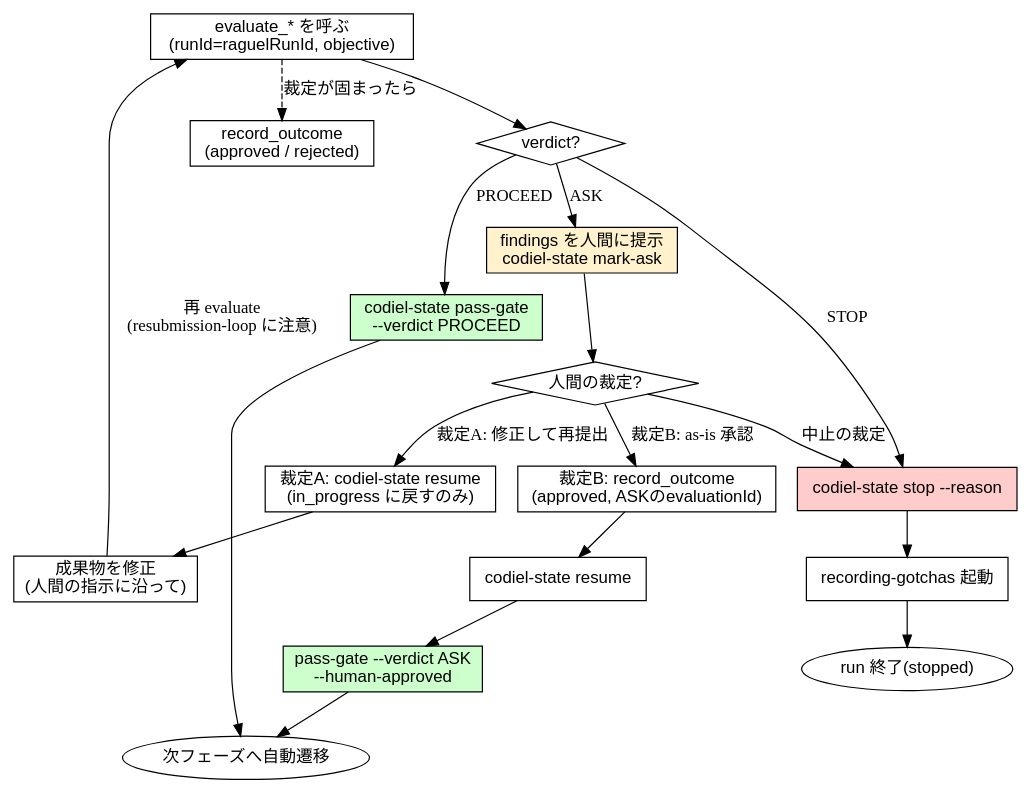
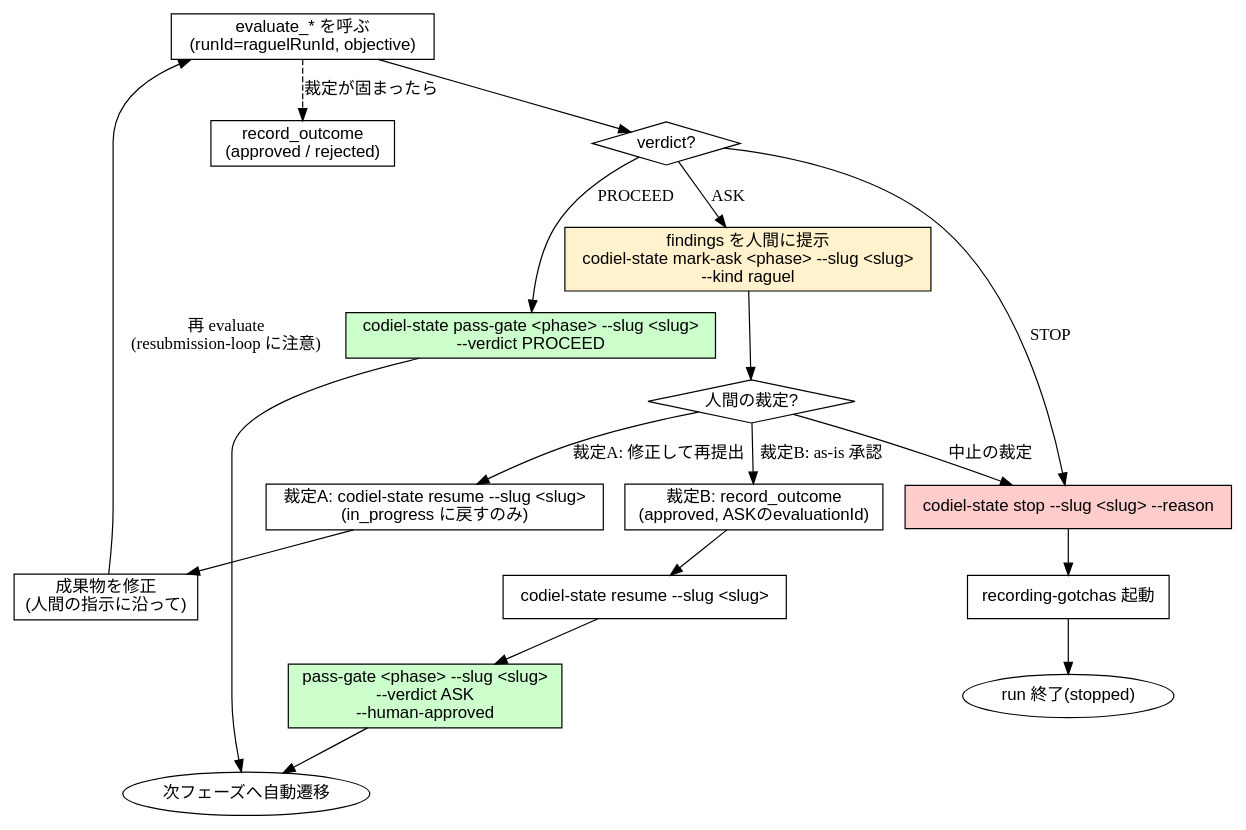
Diagram 14 of 15 in plugins/codiel/docs/skill-flowcharts.md (Amatsuka-kobo/amatsuka-claude-plugins), drawn with Graphviz before and after one commit. The commit also changed other lines of this file and 15 other files, not shown here.

````diff
--- a/plugins/codiel/docs/skill-flowcharts.md
+++ b/plugins/codiel/docs/skill-flowcharts.md
@@ -580,50 +550,50 @@
 ```dot
 digraph raguel_gate {
   rankdir=TB;
   node [fontname="sans-serif"];
 
   evaluate [label="evaluate_* を呼ぶ\n(runId=raguelRunId, objective)", shape=box];
   verdict [label="verdict?", shape=diamond];
 
-  proceed [label="codiel-state pass-gate\n--verdict PROCEED", shape=box, style=filled, fillcolor="#ccffcc"];
+  proceed [label="codiel-state pass-gate <phase> --slug <slug>\n--verdict PROCEED", shape=box, style=filled, fillcolor="#ccffcc"];
   next [label="次フェーズへ自動遷移", shape=ellipse];
 
-  ask [label="findings を人間に提示\ncodiel-state mark-ask", shape=box, style=filled, fillcolor="#fff2cc"];
+  ask [label="findings を人間に提示\ncodiel-state mark-ask <phase> --slug <slug>\n--kind raguel", shape=box, style=filled, fillcolor="#fff2cc"];
   human [label="人間の裁定?", shape=diamond];
 
-  resume_a [label="裁定A: codiel-state resume\n(in_progress に戻すのみ)", shape=box];
+  resume_a [label="裁定A: codiel-state resume --slug <slug>\n(in_progress に戻すのみ)", shape=box];
   refix [label="成果物を修正\n(人間の指示に沿って)", shape=box];
   record_a [label="record_outcome\n(approved / rejected)", shape=box];
 
   record_ha [label="裁定B: record_outcome\n(approved, ASKのevaluationId)", shape=box];
-  resume_b [label="codiel-state resume", shape=box];
-  pass_gate_ha [label="pass-gate --verdict ASK\n--human-approved", shape=box, style=filled, fillcolor="#ccffcc"];
+  resume_b [label="codiel-state resume --slug <slug>", shape=box];
+  pass_gate_ha [label="pass-gate <phase> --slug <slug>\n--verdict ASK\n--human-approved", shape=box, style=filled, fillcolor="#ccffcc"];
 
-  stop_run [label="codiel-state stop --reason", shape=box, style=filled, fillcolor="#ffcccc"];
+  stop_run [label="codiel-state stop --slug <slug> --reason", shape=box, style=filled, fillcolor="#ffcccc"];
   gotchas [label="recording-gotchas 起動", shape=box];
   stopped [label="run 終了(stopped)", shape=ellipse];
 
   evaluate -> verdict;
   verdict -> proceed [label="PROCEED"];
   verdict -> ask [label="ASK"];
   verdict -> stop_run [label="STOP"];
 
   proceed -> next;
 
   ask -> human;
   human -> resume_a [label="裁定A: 修正して再提出"];
   human -> record_ha [label="裁定B: as-is 承認"];
   human -> stop_run [label="中止の裁定"];
 
   resume_a -> refix;
   refix -> evaluate [label="再 evaluate\n(resubmission-loop に注意)"];
   evaluate -> record_a [style=dashed, label="裁定が固まったら"];
 
   record_ha -> resume_b;
   resume_b -> pass_gate_ha;
   pass_gate_ha -> next;
 
   stop_run -> gotchas;
   gotchas -> stopped;
 }
 ```
````
